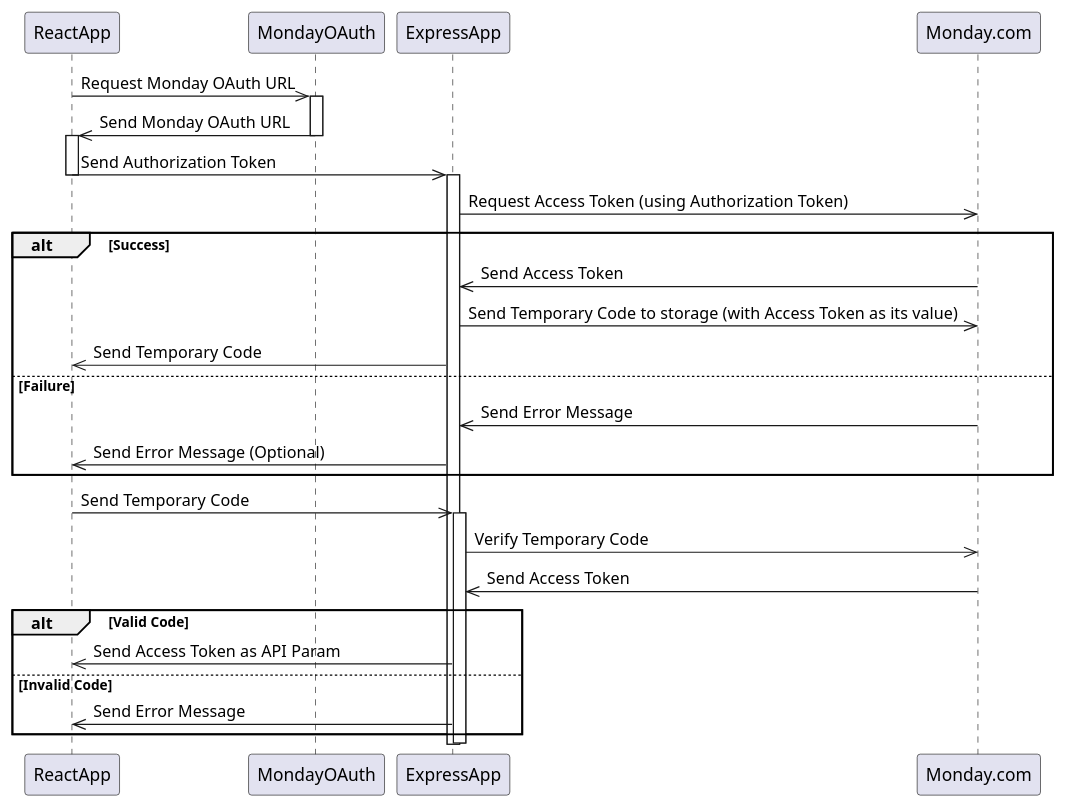
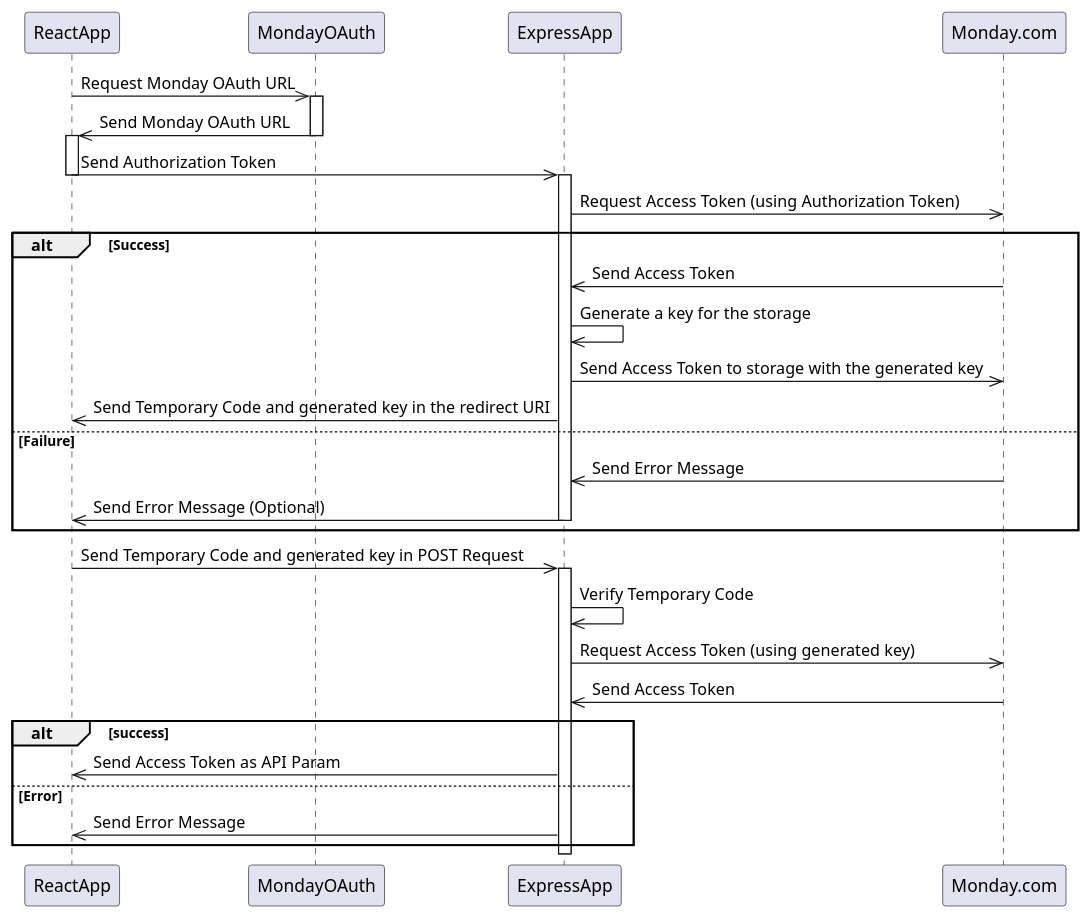
One commit to pashioya/task-trove changed the diagram in auth-flow.puml. Above: the diagram before and after it, drawn with PlantUML. The commit also changed 3 other files, not shown here.

```diff
--- a/auth-flow.puml
+++ b/auth-flow.puml
@@ -1,42 +1,45 @@
 @startuml
 
 participant ReactApp
 participant MondayOAuth
 participant ExpressApp
 
 ReactApp->> MondayOAuth : Request Monday OAuth URL
 activate MondayOAuth
 MondayOAuth->>ReactApp : Send Monday OAuth URL
 deactivate MondayOAuth
 
 activate ReactApp
 ReactApp->>ExpressApp : Send Authorization Token
 deactivate ReactApp
 
 activate ExpressApp
 ExpressApp->>Monday.com : Request Access Token (using Authorization Token)
 alt Success
   Monday.com->>ExpressApp : Send Access Token
-  ExpressApp->>Monday.com : Send Temporary Code to storage (with Access Token as its value)
-  ExpressApp->>ReactApp : Send Temporary Code
+  ExpressApp->>ExpressApp : Generate a key for the storage
+  ExpressApp->>Monday.com : Send Access Token to storage with the generated key
+  ExpressApp->>ReactApp : Send Temporary Code and generated key in the redirect URI
 else Failure
   Monday.com->>ExpressApp : Send Error Message
   ExpressApp->>ReactApp : Send Error Message (Optional)
+  deactivate ExpressApp
 end
 
 activate ReactApp
-ReactApp->>ExpressApp : Send Temporary Code
+ReactApp->>ExpressApp : Send Temporary Code and generated key in POST Request
 deactivate ReactApp
 
 activate ExpressApp
-ExpressApp->>Monday.com : Verify Temporary Code
+ExpressApp->>ExpressApp : Verify Temporary Code
+ExpressApp->>Monday.com : Request Access Token (using generated key)
 Monday.com->>ExpressApp : Send Access Token
 
-alt Valid Code
+alt success
   ExpressApp->>ReactApp : Send Access Token as API Param
-else Invalid Code
+else Error
   ExpressApp->>ReactApp : Send Error Message
 end
 
 deactivate ExpressApp
 @enduml
```
